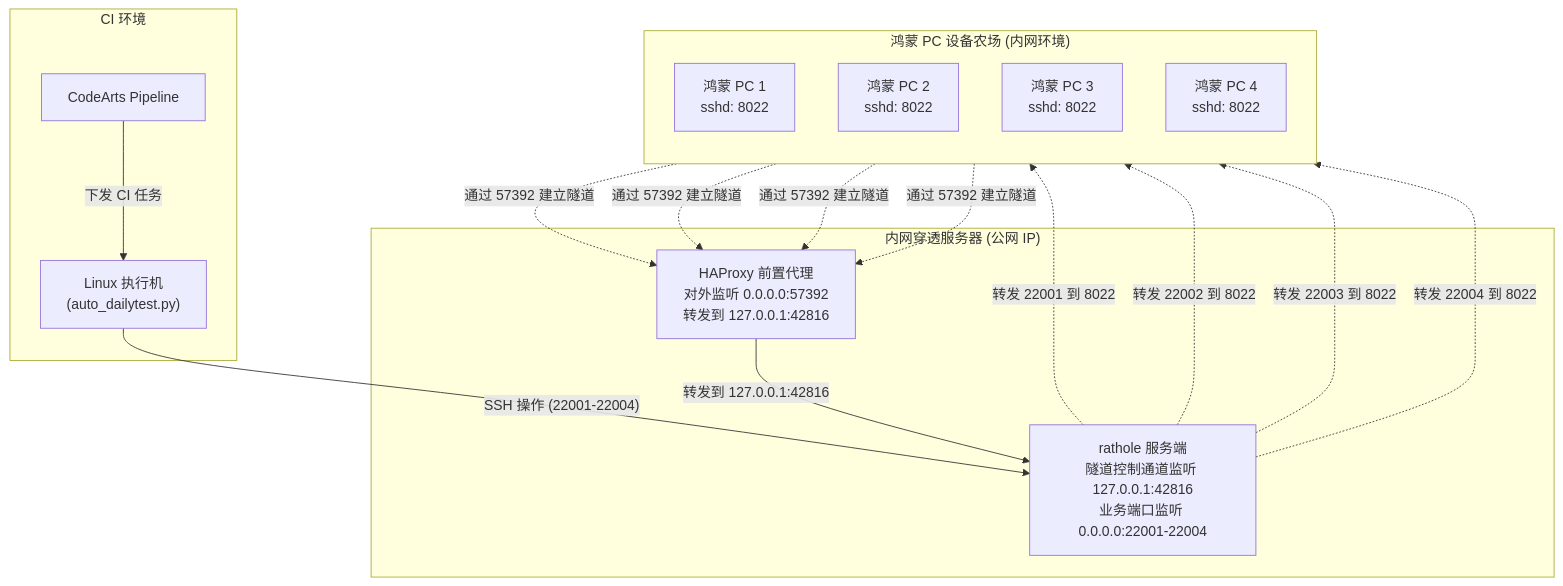
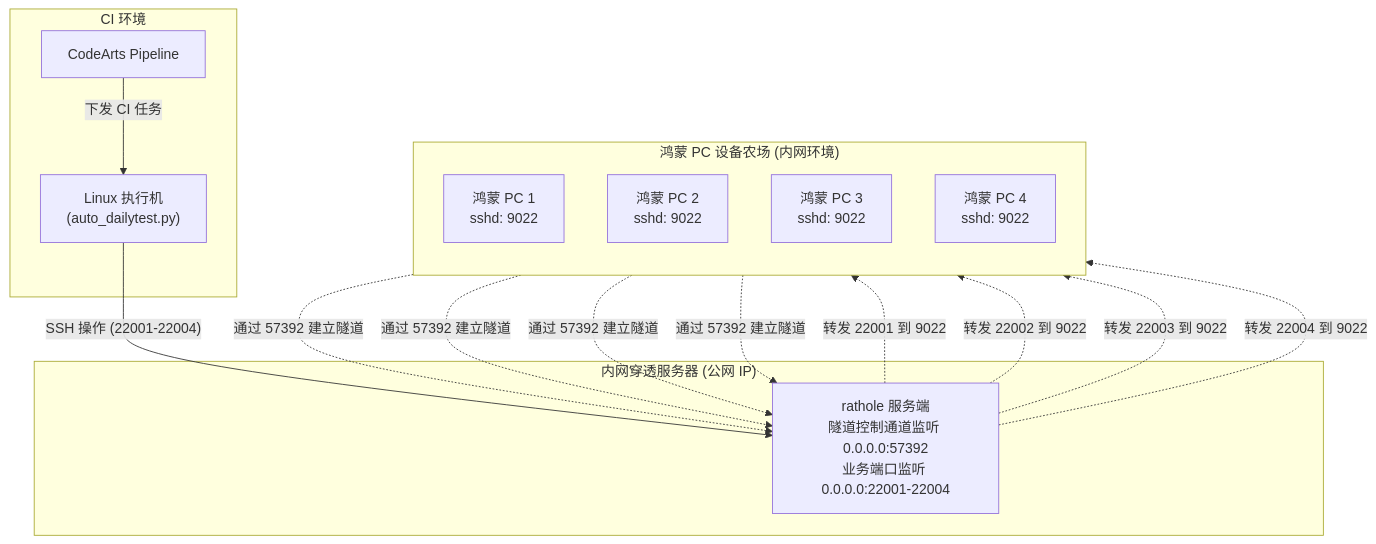
The diagram in zh-CN/maintainer/device-farm-deploy.md (Harmonybrew/docs), drawn with Mermaid before and after one commit. The commit also changed other lines of this file, not shown here.

````diff
--- a/zh-CN/maintainer/device-farm-deploy.md
+++ b/zh-CN/maintainer/device-farm-deploy.md
@@ -15,35 +15,32 @@
 ```mermaid
 graph TD
     %% 节点定义
     subgraph CI ["CI 环境"]
         Pipeline["CodeArts Pipeline"] -->|下发 CI 任务| Executer["Linux 执行机<br/>(auto_dailytest.py)"]
     end
 
     subgraph Server ["内网穿透服务器 (公网 IP)"]
-        HAProxy["HAProxy 前置代理<br/>对外监听 0.0.0.0:57392<br/>转发到 127.0.0.1:42816"]
-        RatholeServer["rathole 服务端<br/>隧道控制通道监听 127.0.0.1:42816<br/>业务端口监听 0.0.0.0:22001-22004"]
+        RatholeServer["rathole 服务端<br/>隧道控制通道监听 0.0.0.0:57392<br/>业务端口监听 0.0.0.0:22001-22004"]
     end
 
     subgraph Farm ["鸿蒙 PC 设备农场 (内网环境)"]
         direction TB
-        PC1["鸿蒙 PC 1<br/>sshd: 8022"]
-        PC2["鸿蒙 PC 2<br/>sshd: 8022"]
-        PC3["鸿蒙 PC 3<br/>sshd: 8022"]
-        PC4["鸿蒙 PC 4<br/>sshd: 8022"]
+        PC1["鸿蒙 PC 1<br/>sshd: 9022"]
+        PC2["鸿蒙 PC 2<br/>sshd: 9022"]
+        PC3["鸿蒙 PC 3<br/>sshd: 9022"]
+        PC4["鸿蒙 PC 4<br/>sshd: 9022"]
     end
 
     %% 连线关系 (注意这里给包含括号的文本加了双引号)
     Executer -->|"SSH 操作 (22001-22004)"| RatholeServer
 
-    PC1 -.->|"通过 57392 建立隧道"| HAProxy
-    PC2 -.->|"通过 57392 建立隧道"| HAProxy
-    PC3 -.->|"通过 57392 建立隧道"| HAProxy
-    PC4 -.->|"通过 57392 建立隧道"| HAProxy
+    PC1 -.->|"通过 57392 建立隧道"| RatholeServer
+    PC2 -.->|"通过 57392 建立隧道"| RatholeServer
+    PC3 -.->|"通过 57392 建立隧道"| RatholeServer
+    PC4 -.->|"通过 57392 建立隧道"| RatholeServer
 
-    HAProxy -->|"转发到 127.0.0.1:42816"| RatholeServer
-
-    RatholeServer -.-> |转发 22001 到 8022| PC1
-    RatholeServer -.-> |转发 22002 到 8022| PC2
-    RatholeServer -.-> |转发 22003 到 8022| PC3
-    RatholeServer -.-> |转发 22004 到 8022| PC4
+    RatholeServer -.-> |转发 22001 到 9022| PC1
+    RatholeServer -.-> |转发 22002 到 9022| PC2
+    RatholeServer -.-> |转发 22003 到 9022| PC3
+    RatholeServer -.-> |转发 22004 到 9022| PC4
 ```
````
